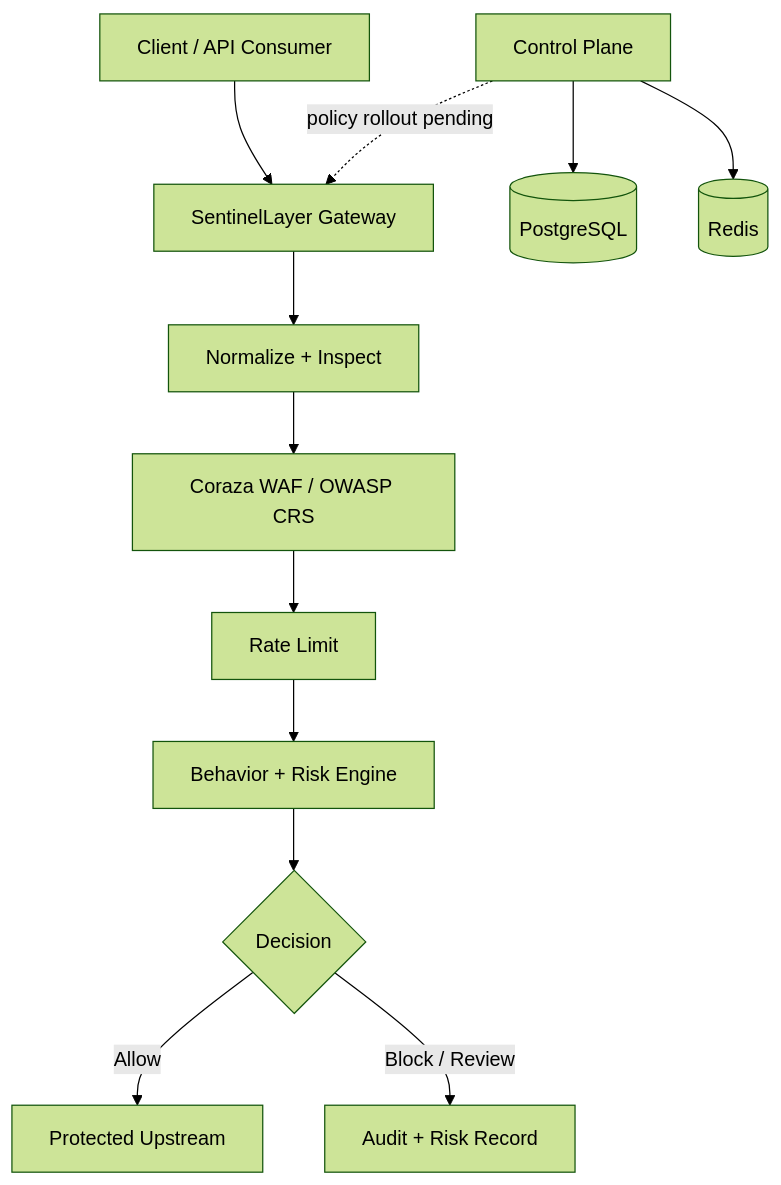
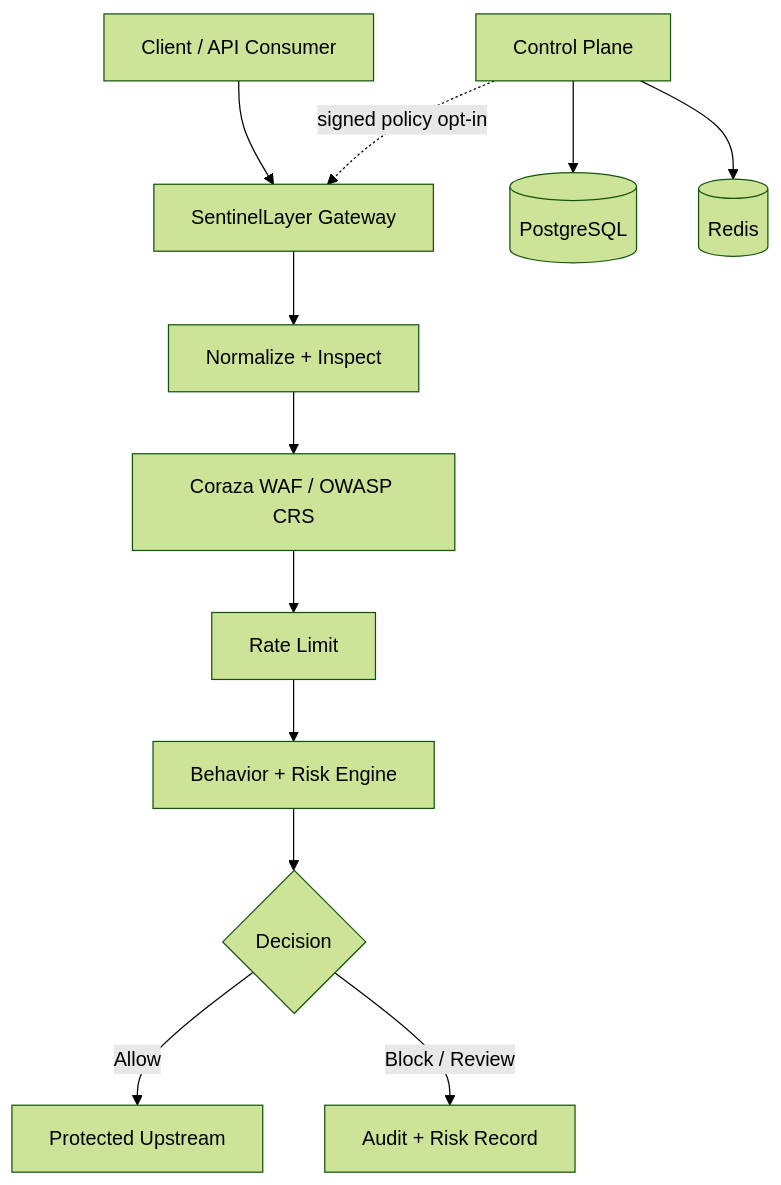
The diagram in README.md (sentinelayer/sentinelayer), drawn with Mermaid (forest theme) before and after one commit. The commit also changed other lines of this file and 12 other files, not shown here.

Commit message:
Enforce pinned signed runtime policy bundles in single-tenant gateways

````diff
--- a/README.md
+++ b/README.md
@@ -37,14 +37,14 @@
 ```mermaid
 flowchart TD
     C[Client / API Consumer] --> G[SentinelLayer Gateway]
     G --> N[Normalize + Inspect]
     N --> W[Coraza WAF / OWASP CRS]
     W --> R[Rate Limit]
     R --> B[Behavior + Risk Engine]
     B --> D{Decision}
     D -->|Allow| U[Protected Upstream]
     D -->|Block / Review| A[Audit + Risk Record]
     CP[Control Plane] --> P[(PostgreSQL)]
     CP --> S[(Redis)]
-    CP -. policy rollout pending .-> G
+    CP -. signed policy opt-in .-> G
 ```
````
